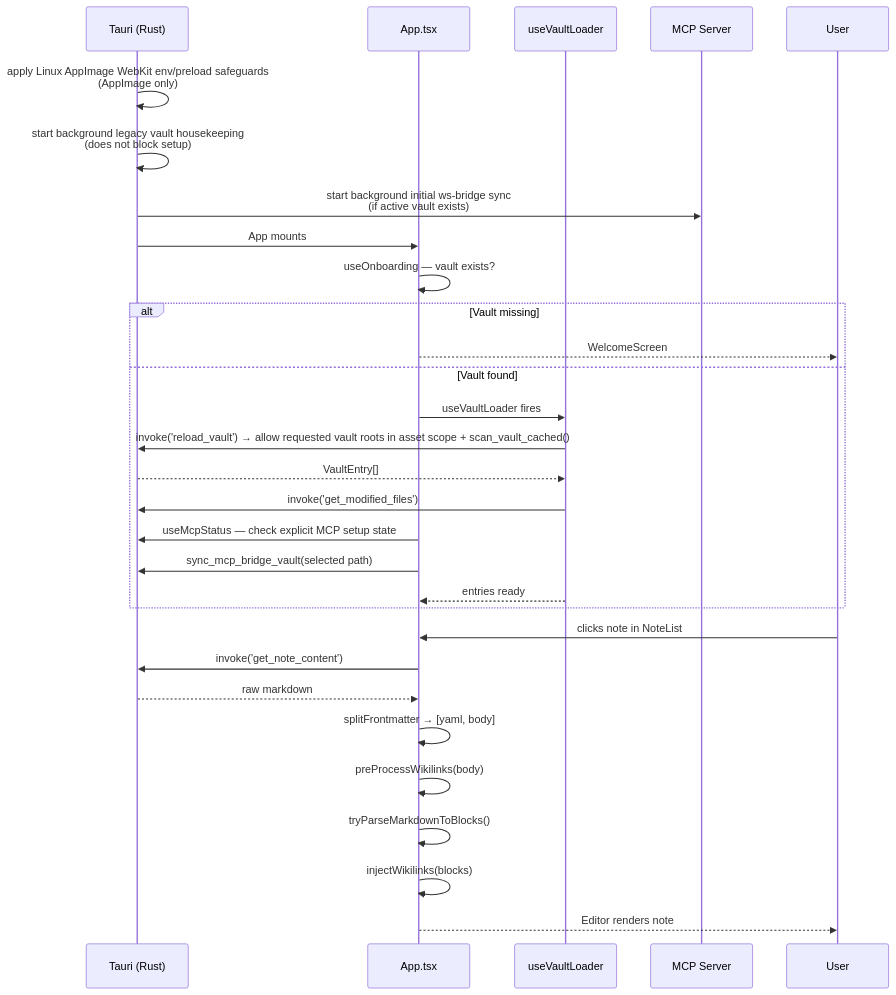
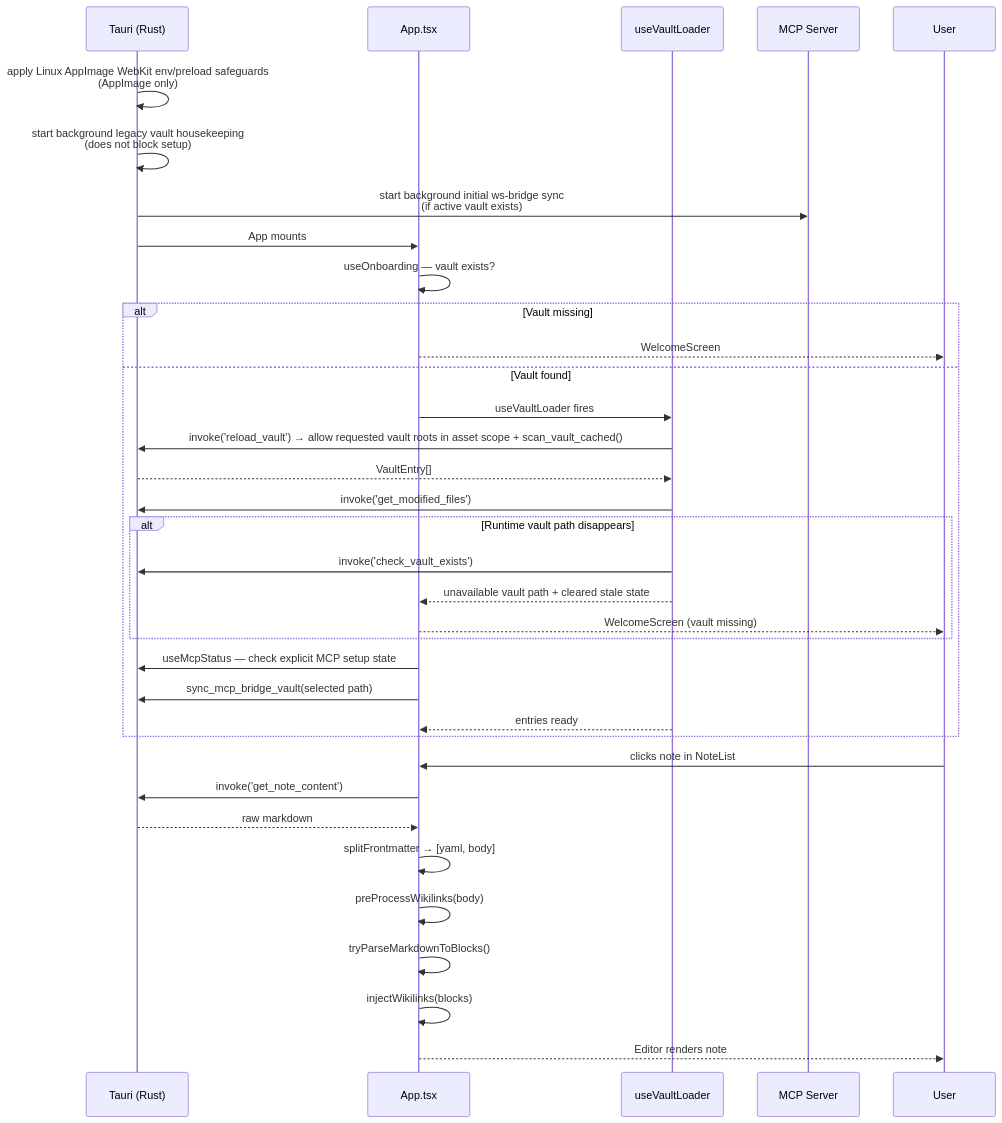
The seventh of 10 diagrams in docs/ARCHITECTURE.md (aimeritething/Fuwa), drawn with Mermaid before and after one commit. The commit also changed other lines of this file and 14 other files, not shown here.

Commit message:
fix: recover when active vault disappears

````diff
--- a/docs/ARCHITECTURE.md
+++ b/docs/ARCHITECTURE.md
@@ -538,35 +540,40 @@
 ```mermaid
 sequenceDiagram
     participant T as Tauri (Rust)
     participant A as App.tsx
     participant VL as useVaultLoader
     participant MCP as MCP Server
     participant U as User
 
     T->>T: apply Linux AppImage WebKit env/preload safeguards<br/>(AppImage only)
     T->>T: start background legacy vault housekeeping<br/>(does not block setup)
     T->>MCP: start background initial ws-bridge sync<br/>(if active vault exists)
     T->>A: App mounts
 
     A->>A: useOnboarding — vault exists?
     alt Vault missing
         A-->>U: WelcomeScreen
     else Vault found
         A->>VL: useVaultLoader fires
         VL->>T: invoke('reload_vault') → allow requested vault roots in asset scope + scan_vault_cached()
         T-->>VL: VaultEntry[]
         VL->>T: invoke('get_modified_files')
+        alt Runtime vault path disappears
+            VL->>T: invoke('check_vault_exists')
+            VL-->>A: unavailable vault path + cleared stale state
+            A-->>U: WelcomeScreen (vault missing)
+        end
         A->>T: useMcpStatus — check explicit MCP setup state
         A->>T: sync_mcp_bridge_vault(selected path)
         VL-->>A: entries ready
     end
 
     U->>A: clicks note in NoteList
     A->>T: invoke('get_note_content')
     T-->>A: raw markdown
     A->>A: splitFrontmatter → [yaml, body]
     A->>A: preProcessWikilinks(body)
     A->>A: tryParseMarkdownToBlocks()
     A->>A: injectWikilinks(blocks)
     A-->>U: Editor renders note
 ```
````
